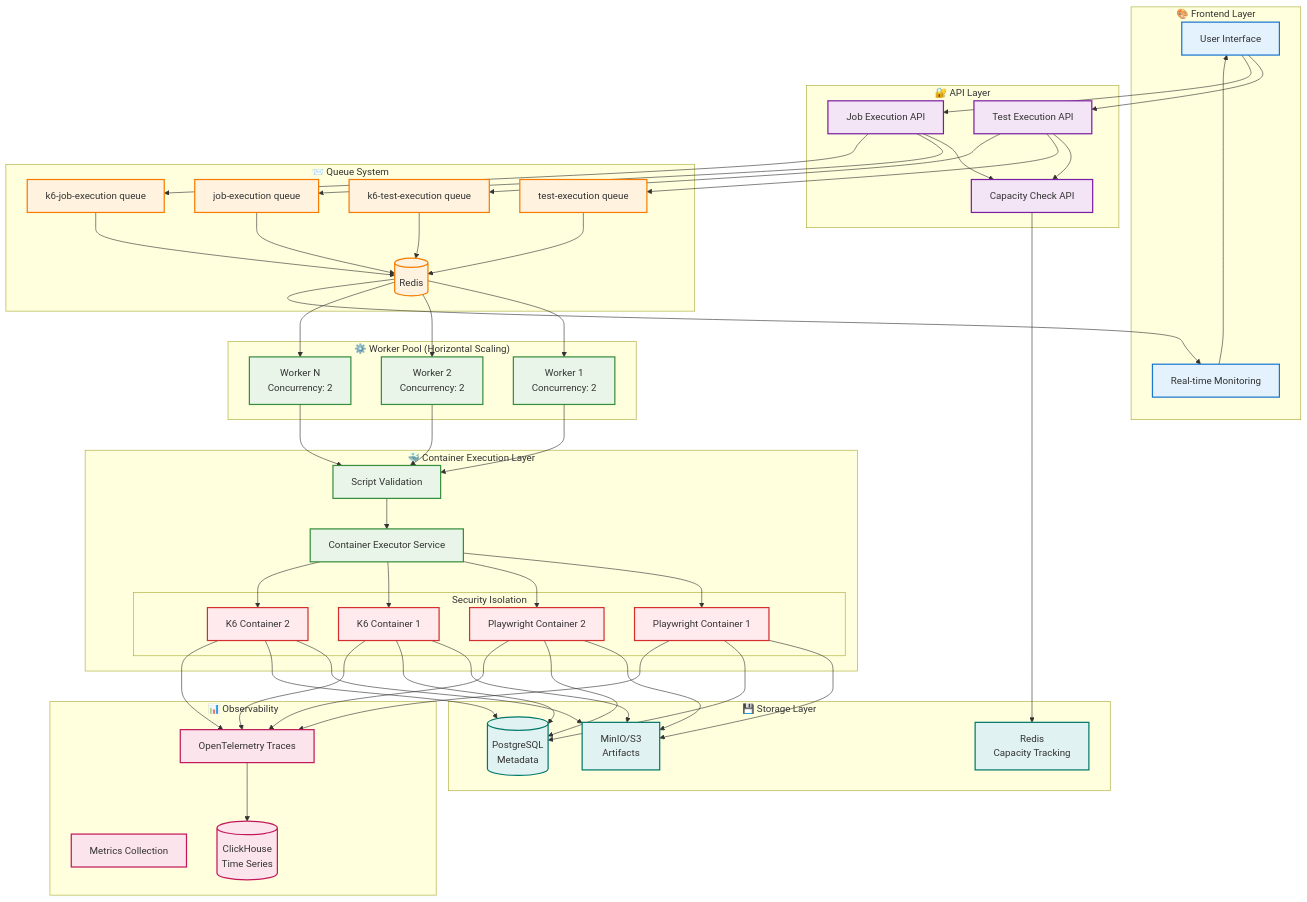
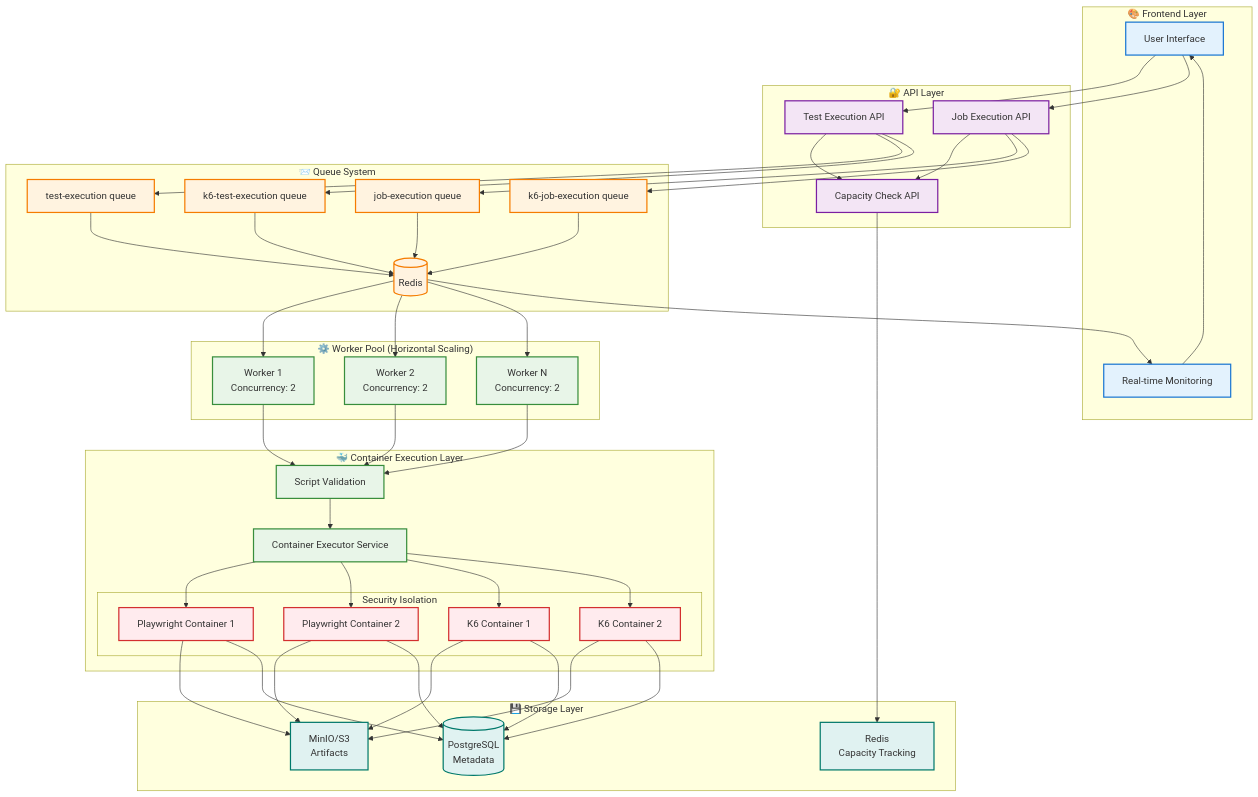
The first of 26 diagrams in specs/TEST_EXECUTION_AND_JOB_QUEUE_FLOW.md (supercheck-io/supercheck), drawn with Mermaid before and after one commit. The commit also changed other lines of this file and 86 other files, not shown here.

Commit message:
Remove OTEL and observability code

````diff
--- a/specs/TEST_EXECUTION_AND_JOB_QUEUE_FLOW.md
+++ b/specs/TEST_EXECUTION_AND_JOB_QUEUE_FLOW.md
@@ -65,11 +65,6 @@
         CACHE[Redis<br/>Capacity Tracking]
     end
 
-    subgraph "📊 Observability"
-        OTEL[OpenTelemetry Traces]
-        METRICS[Metrics Collection]
-        CLICK[(ClickHouse<br/>Time Series)]
-    end
 
     UI --> API1 & API2
     API1 & API2 --> API3
@@ -86,10 +81,8 @@
 
     C1 & C2 & C3 & C4 --> S3
     C1 & C2 & C3 & C4 --> DB
-    C1 & C2 & C3 & C4 --> OTEL
 
     REDIS --> MONITOR
-    OTEL --> CLICK
     MONITOR --> UI
 
     classDef frontend fill:#e3f2fd,stroke:#1976d2,stroke-width:2px
@@ -98,7 +91,6 @@
     classDef worker fill:#e8f5e8,stroke:#388e3c,stroke-width:2px
     classDef container fill:#ffebee,stroke:#d32f2f,stroke-width:2px
     classDef storage fill:#e0f2f1,stroke:#00796b,stroke-width:2px
-    classDef obs fill:#fce4ec,stroke:#c2185b,stroke-width:2px
 
     class UI,MONITOR frontend
     class API1,API2,API3 api
@@ -106,5 +98,4 @@
     class W1,W2,W3,VALIDATION,CONTAINER worker
     class C1,C2,C3,C4 container
     class DB,S3,CACHE storage
-    class OTEL,METRICS,CLICK obs
 ```
````
